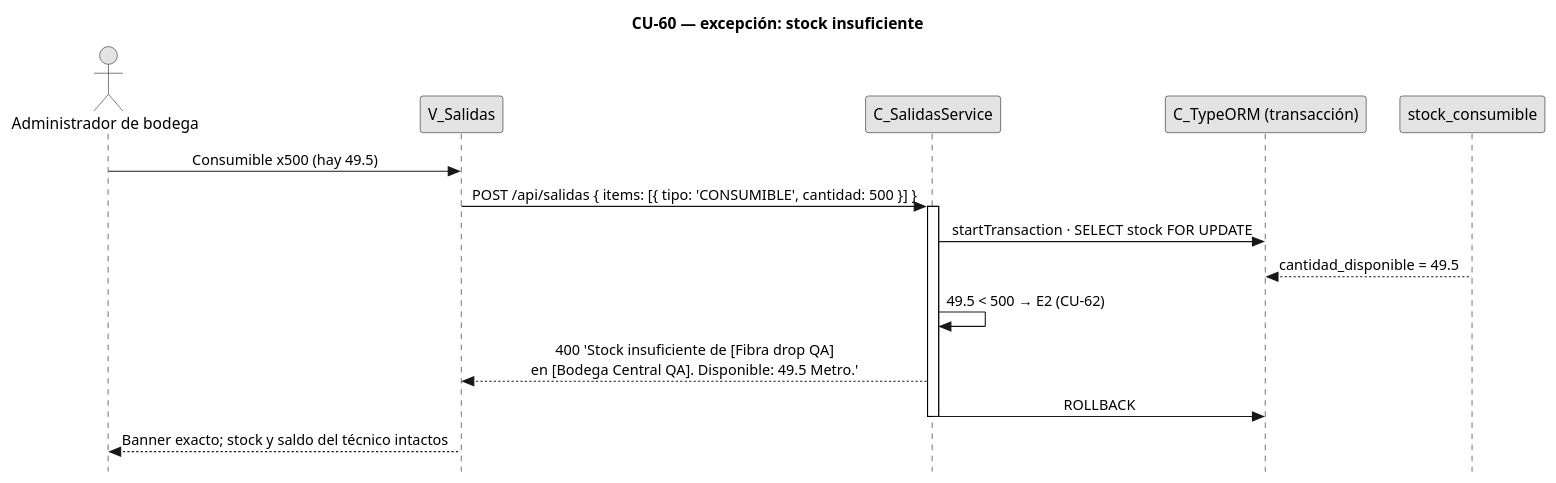
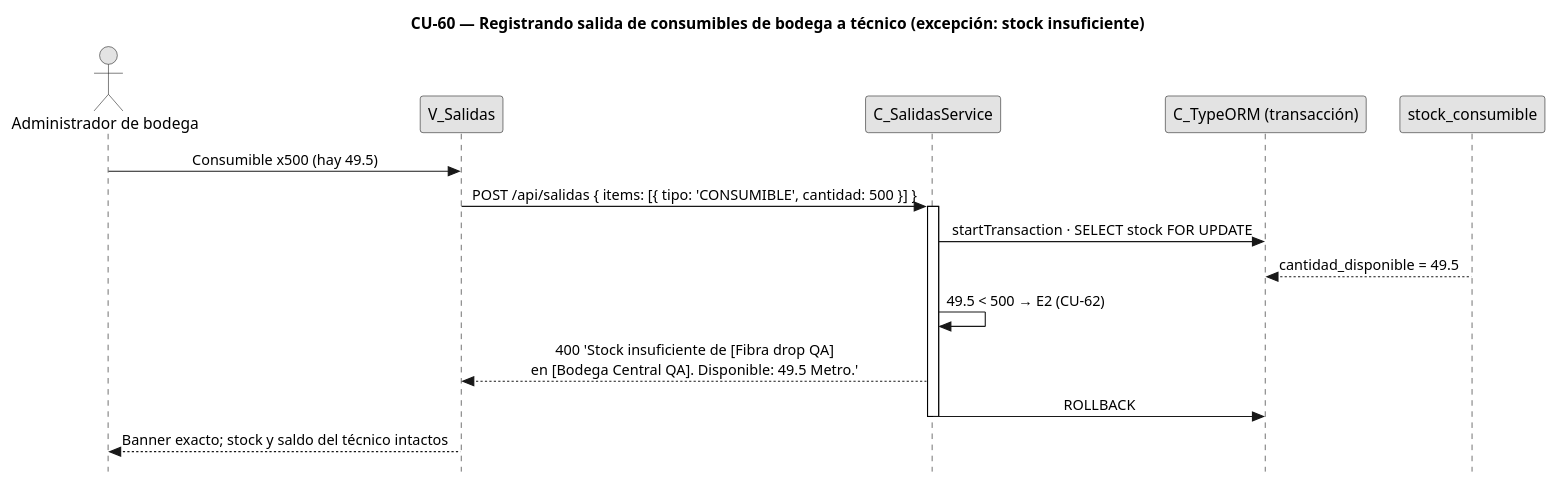
The diagram in diagramas/diagramas-secuencia/CU60/CU60-exc-stock-insuficiente.puml (FSM-Finet-y-Cable-Magico/Team_1-Inventario-y-Bodega), drawn with PlantUML before and after one commit. The commit also changed 23 other files, not shown here.

Commit message:
docs(diagramas): agrega el nombre oficial del CU a los títulos de CU-52/54/55/56/58/59/60/62/78/84 (formato incremento 1) y re-render

```diff
--- a/diagramas/diagramas-secuencia/CU60/CU60-exc-stock-insuficiente.puml
+++ b/diagramas/diagramas-secuencia/CU60/CU60-exc-stock-insuficiente.puml
@@ -1,40 +1,40 @@
 @startuml CU60-exc-stock-insuficiente
-title CU-60 — excepción: stock insuficiente
+title CU-60 — Registrando salida de consumibles de bodega a técnico (excepción: stock insuficiente)
 skinparam style strictuml
 skinparam monochrome true
 skinparam shadowing false
 skinparam sequenceMessageAlign center
 <style>
 sequenceDiagram {
   participant {
     margin 30
   }
   actor {
     margin 12
   }
 }
 </style>
 skinparam sequence {
   MessageAlign center
   LifeLineBorderColor black
 }
 hide footbox
 
 actor "Administrador de bodega" as user
 participant "V_Salidas" as view
 participant "C_SalidasService" as svc
 participant "C_TypeORM (transacción)" as orm
 participant "stock_consumible" as stock
 
 user -> view : Consumible x500 (hay 49.5)
 view -> svc : POST /api/salidas { items: [{ tipo: 'CONSUMIBLE', cantidad: 500 }] }
 activate svc
 svc -> orm : startTransaction · SELECT stock FOR UPDATE
 stock --> orm : cantidad_disponible = 49.5
 svc -> svc : 49.5 < 500 → E2 (CU-62)
 svc --> view : 400 'Stock insuficiente de [Fibra drop QA]\nen [Bodega Central QA]. Disponible: 49.5 Metro.'
 svc -> orm : ROLLBACK
 deactivate svc
 view --> user : Banner exacto; stock y saldo del técnico intactos
 deactivate view
 @enduml
```
